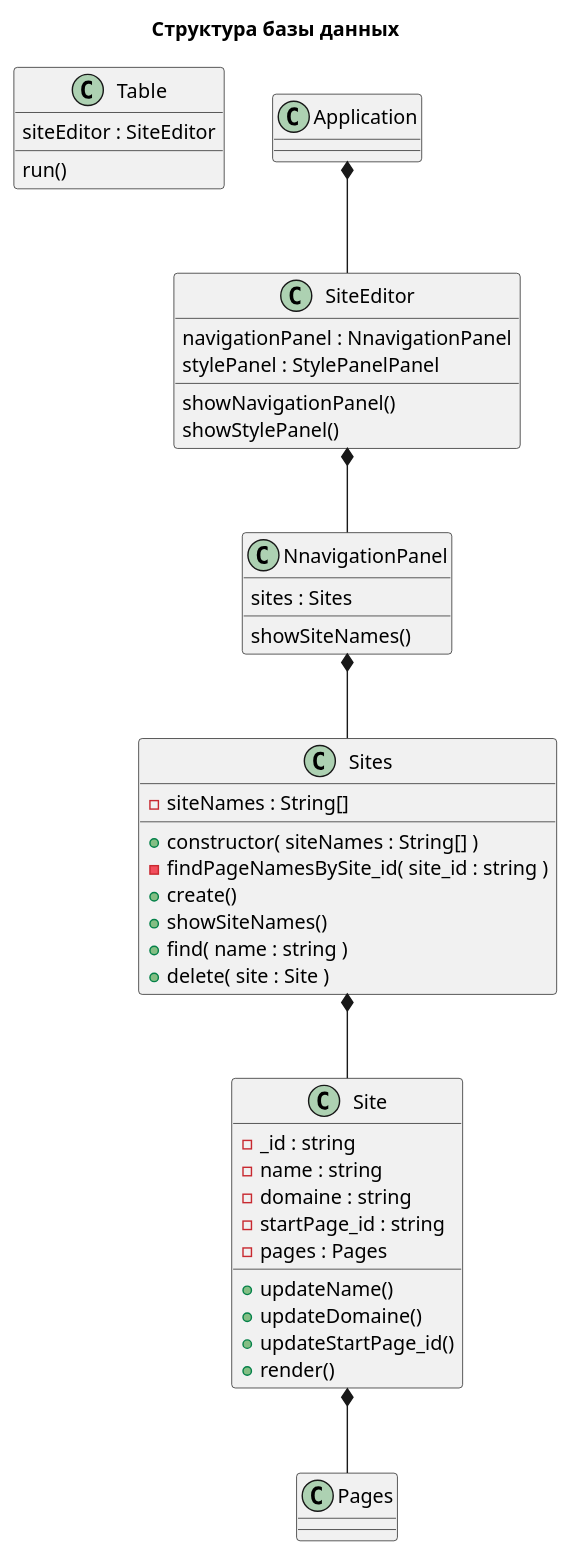
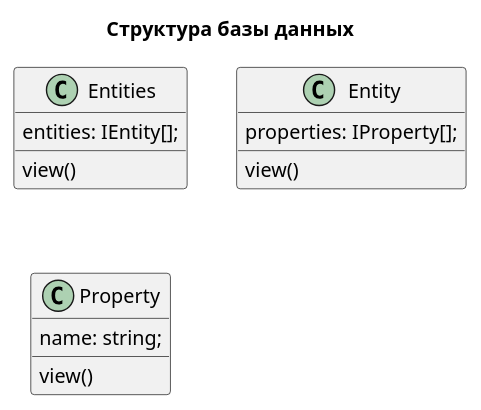
One commit to NikolayDemchenko/ReactTest changed the diagram in client/src/Types/NewAppStructure/Views/BaseStructure.puml. Above: the diagram before and after it, drawn with PlantUML. The commit also changed 4 other files, not shown here.

```diff
--- a/client/src/Types/NewAppStructure/Views/BaseStructure.puml
+++ b/client/src/Types/NewAppStructure/Views/BaseStructure.puml
@@ -1,51 +1,22 @@
 @startuml
 title Структура базы данных
 
 
-class "Table" as Table {
-    siteEditor : SiteEditor
-    run()  
+class "Entities" as Entities {
+    entities: IEntity[];
+    view()
 }
-Application *-- SiteEditor
+class "Entity" as Entity {
+    properties: IProperty[];
+    view()
+}
 
-class "SiteEditor" as SiteEditor {
-    navigationPanel : NnavigationPanel    
-    stylePanel : StylePanelPanel  
-    showNavigationPanel()  
-    showStylePanel()  
-    
+class "Property" as Property {
+  name: string;
+  view()
 }
-SiteEditor *-- NnavigationPanel
 
-class "NnavigationPanel" as NnavigationPanel {
-    sites : Sites
-    showSiteNames()   
-}
-NnavigationPanel *-- Sites
 
-class "Sites" as Sites {
-    - siteNames : String[]
-    + constructor( siteNames : String[] )
-    - findPageNamesBySite_id( site_id : string )
-    + create()
-    + showSiteNames()
-    + find( name : string )
-    + delete( site : Site )
-}
-Sites *-- Site
-
-class "Site" as Site {
-    - _id : string
-    - name : string
-    - domaine : string
-    - startPage_id : string
-    - pages : Pages
-    + updateName()
-    + updateDomaine()
-    + updateStartPage_id()
-    + render()
-}
-Site *-- Pages
 
 
 @enduml
```
